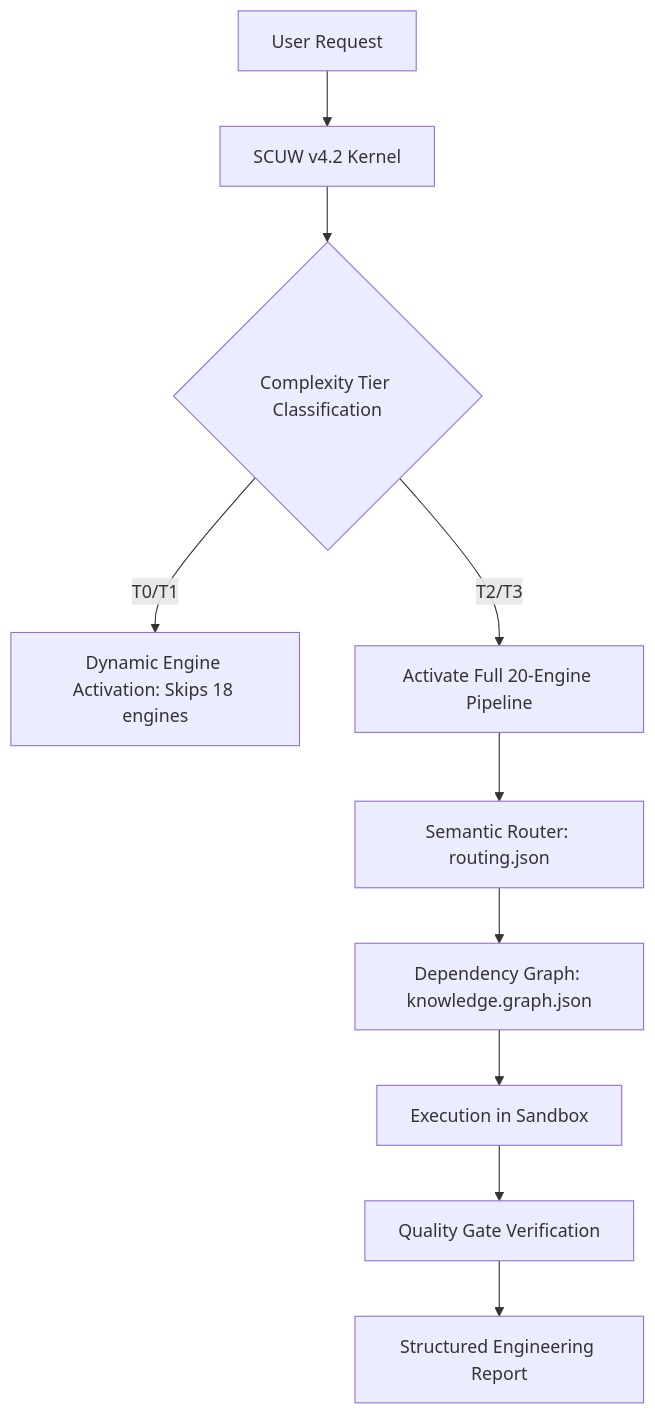
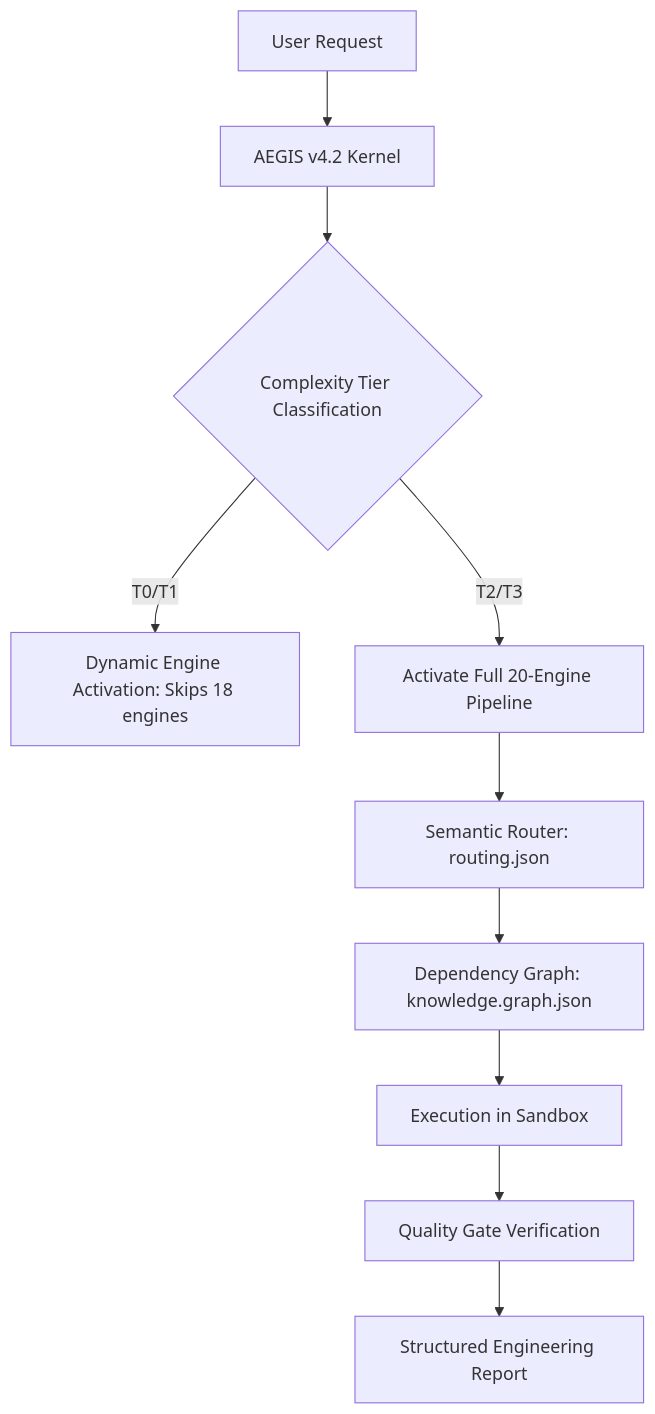
One commit to wahyunuriman999/AEGIS-Core changed the diagram in README.md. Above: the diagram before and after it, drawn with Mermaid. The commit also changed other lines of this file and 5 other files, not shown here.

Commit message:
refactor: rename SCUW to AEGIS entirely

````diff
--- a/README.md
+++ b/README.md
@@ -87,12 +87,12 @@
 ```mermaid
 graph TD
-    A[User Request] --> B[SCUW v4.2 Kernel]
+    A[User Request] --> B[AEGIS v4.2 Kernel]
     B --> C{Complexity Tier Classification}
     C -->|T0/T1| D[Dynamic Engine Activation: Skips 18 engines]
     C -->|T2/T3| E[Activate Full 20-Engine Pipeline]
     E --> F[Semantic Router: routing.json]
     F --> G[Dependency Graph: knowledge.graph.json]
     G --> H[Execution in Sandbox]
     H --> I[Quality Gate Verification]
     I --> J[Structured Engineering Report]
 ```
````
